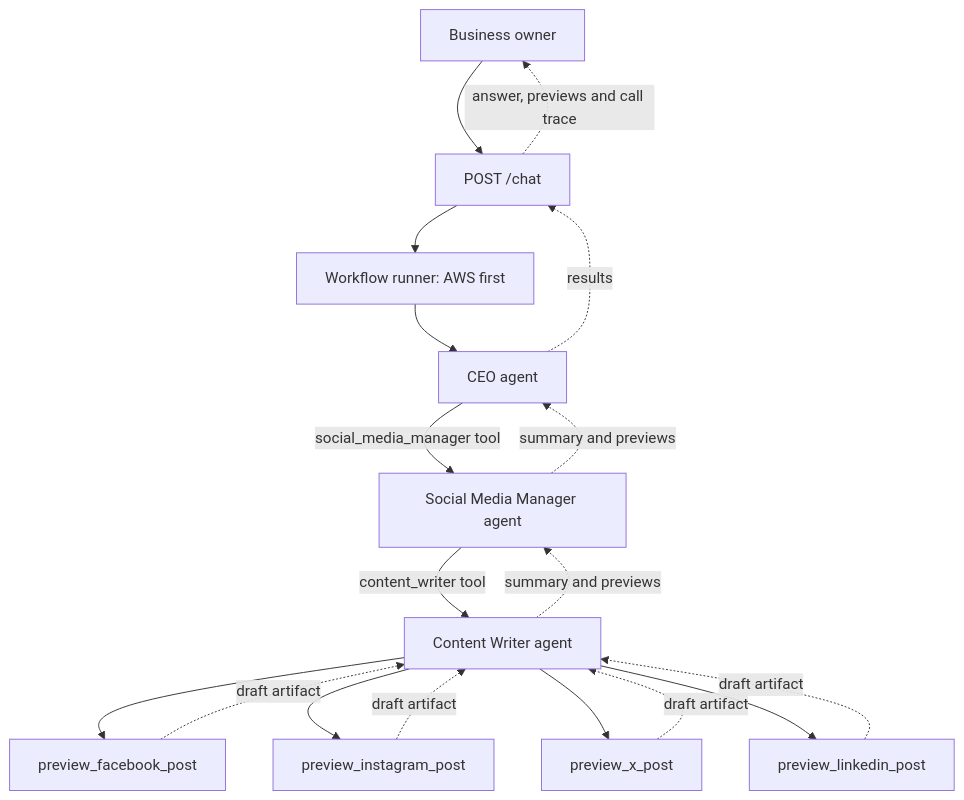
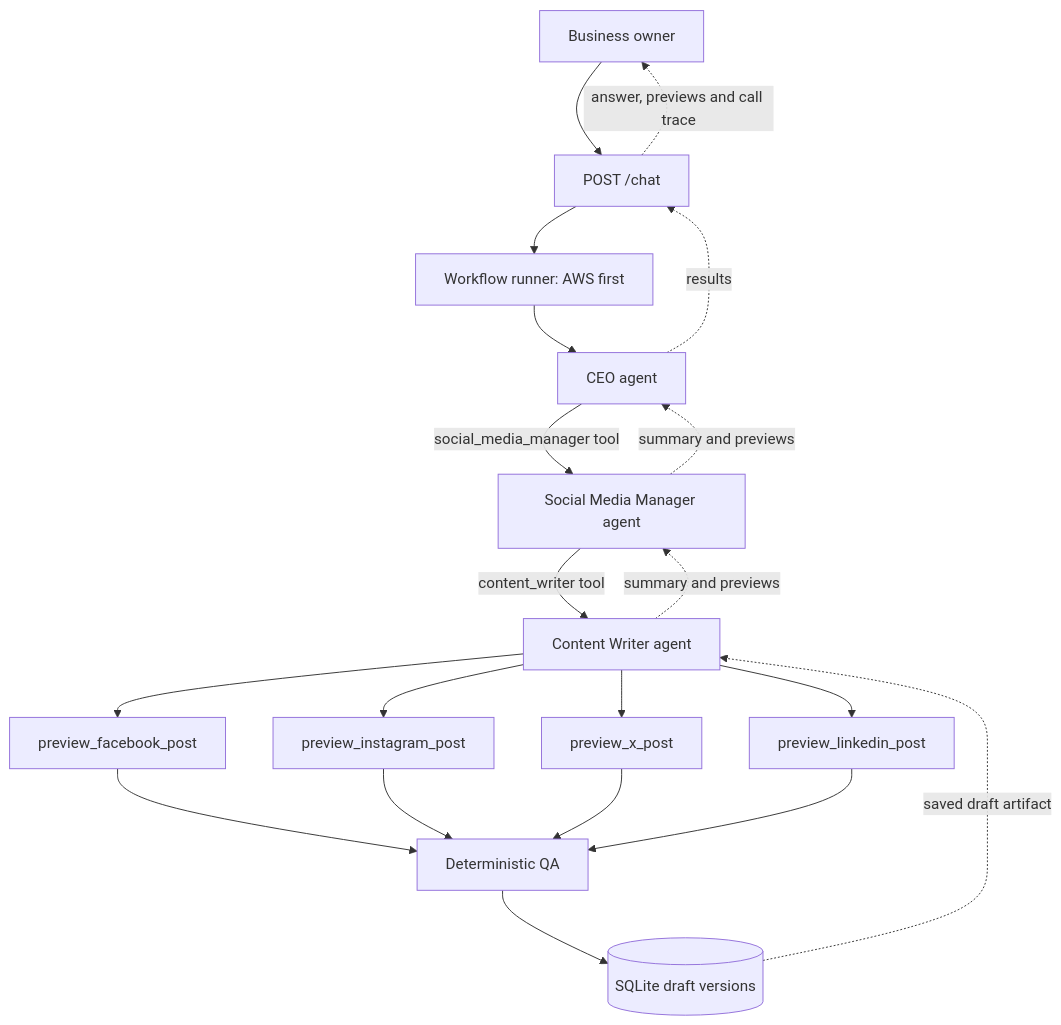
The diagram in ai_employee/AGENT_HIERARCHY.md (shahryar0/project-ai), drawn with Mermaid before and after one commit. The commit also changed other lines of this file and 33 other files, not shown here.

````diff
--- a/ai_employee/AGENT_HIERARCHY.md
+++ b/ai_employee/AGENT_HIERARCHY.md
@@ -14,20 +16,22 @@
 ```mermaid
 flowchart TD
     U[Business owner] --> API[POST /chat]
     API --> R[Workflow runner: AWS first]
     R --> CEO[CEO agent]
     CEO -->|social_media_manager tool| M[Social Media Manager agent]
     M -->|content_writer tool| C[Content Writer agent]
     C --> FB[preview_facebook_post]
     C --> IG[preview_instagram_post]
     C --> X[preview_x_post]
     C --> LI[preview_linkedin_post]
-    FB -. draft artifact .-> C
-    IG -. draft artifact .-> C
-    X -. draft artifact .-> C
-    LI -. draft artifact .-> C
+    FB --> QA[Deterministic QA]
+    IG --> QA
+    X --> QA
+    LI --> QA
+    QA --> DS[(SQLite draft versions)]
+    DS -. saved draft artifact .-> C
     C -. summary and previews .-> M
     M -. summary and previews .-> CEO
     CEO -. results .-> API
     API -. answer, previews and call trace .-> U
 ```
````
